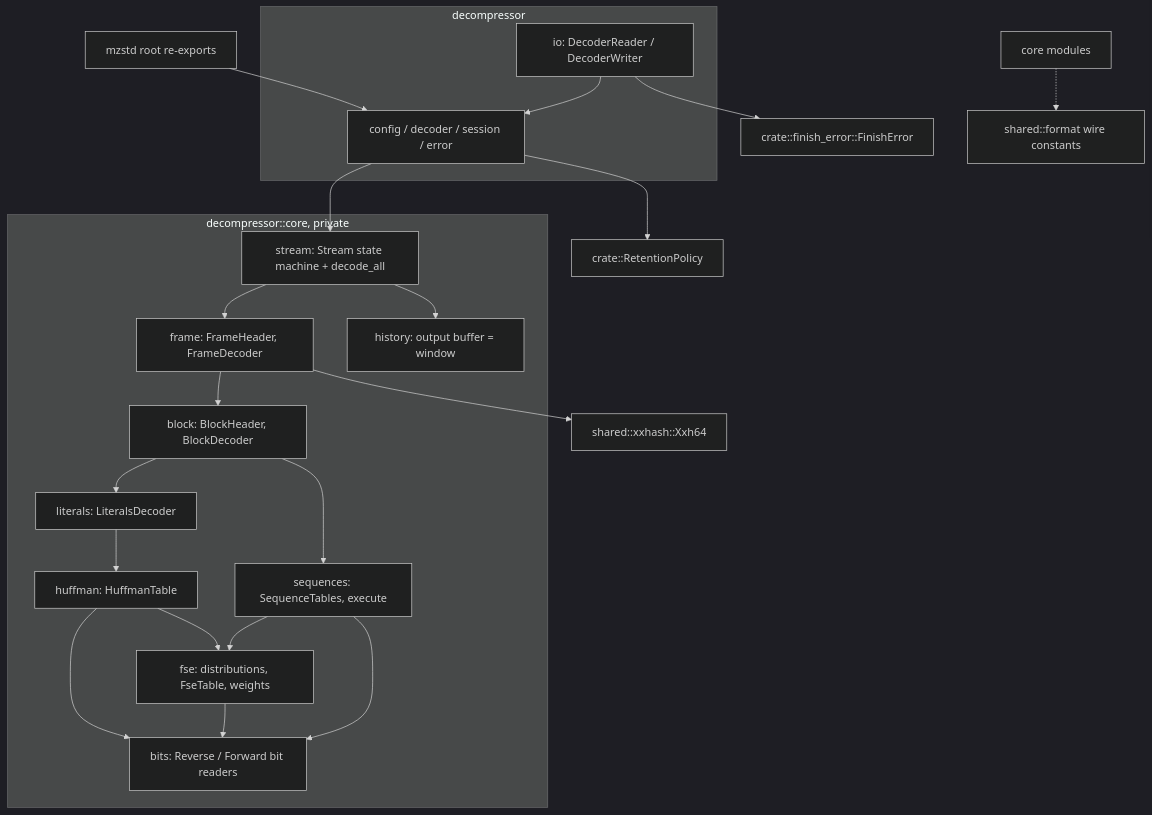
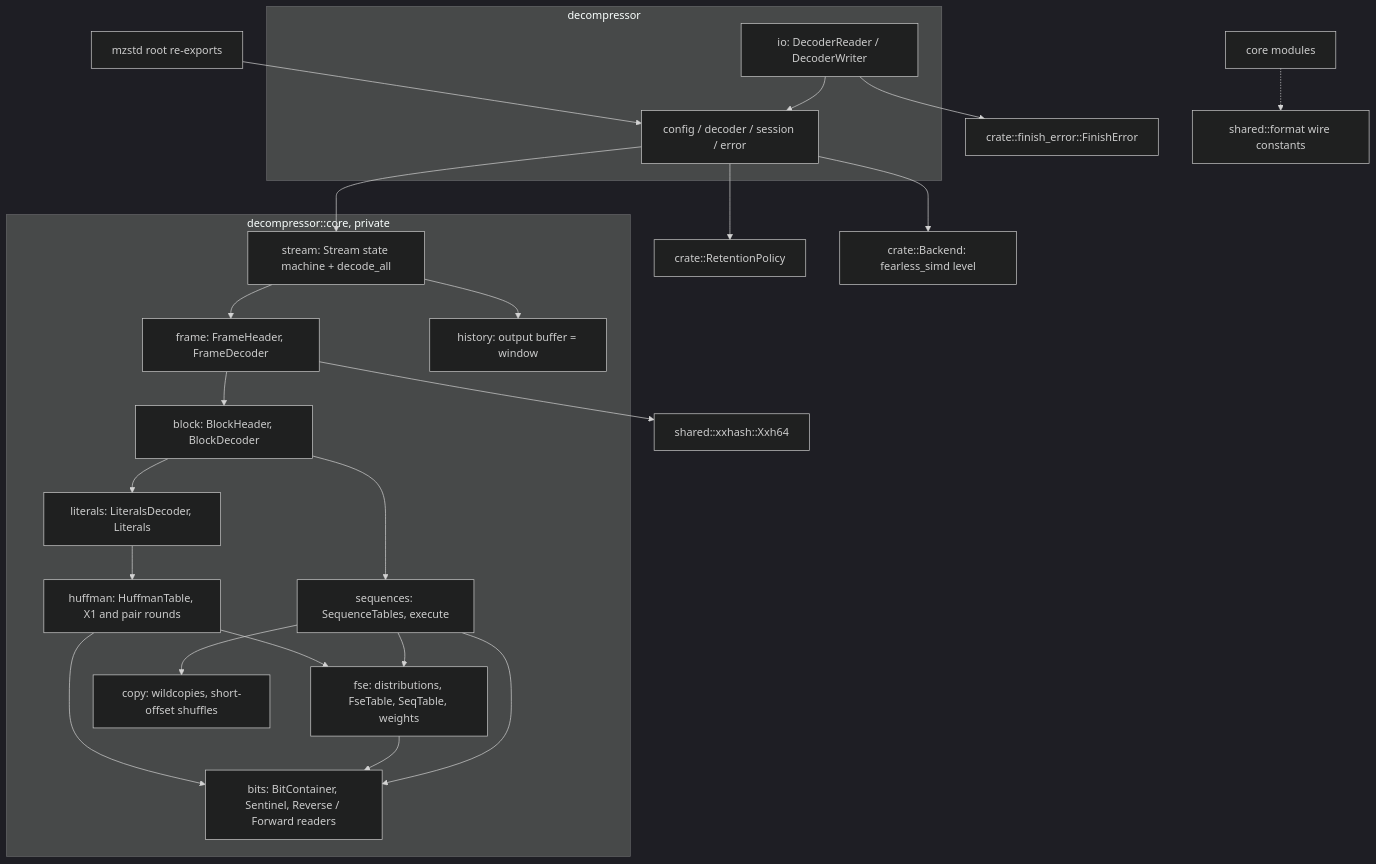
One commit to M-Compressors/mzstd changed the first of 7 diagrams in architecture/decompressor.md. Above: the diagram before and after it, drawn with Mermaid (dark theme). The commit also changed other lines of this file and 52 other files, not shown here.

````diff
--- a/architecture/decompressor.md
+++ b/architecture/decompressor.md
@@ -20,27 +21,29 @@
 ```mermaid
 graph TD
     Lib[mzstd root re-exports] --> API
     subgraph public[decompressor]
         API[config / decoder / session / error]
         IO[io: DecoderReader / DecoderWriter]
     end
     IO --> API
     IO --> Finish[crate::finish_error::FinishError]
     API --> Retention[crate::RetentionPolicy]
     API --> Stream
     subgraph core[decompressor::core, private]
         Stream[stream: Stream state machine + decode_all] --> Frame[frame: FrameHeader, FrameDecoder]
         Stream --> History[history: output buffer = window]
         Frame --> Block[block: BlockHeader, BlockDecoder]
-        Block --> Literals[literals: LiteralsDecoder]
+        Block --> Literals[literals: LiteralsDecoder, Literals]
         Block --> Sequences[sequences: SequenceTables, execute]
-        Literals --> Huffman[huffman: HuffmanTable]
-        Huffman --> Fse[fse: distributions, FseTable, weights]
+        Literals --> Huffman[huffman: HuffmanTable, X1 and pair rounds]
+        Huffman --> Fse[fse: distributions, FseTable, SeqTable, weights]
         Sequences --> Fse
-        Huffman --> Bits[bits: Reverse / Forward bit readers]
+        Sequences --> Copy[copy: wildcopies, short-offset shuffles]
+        Huffman --> Bits[bits: BitContainer, Sentinel, Reverse / Forward readers]
         Fse --> Bits
         Sequences --> Bits
     end
+    API --> Backend[crate::Backend: fearless_simd level]
     Frame --> Xxh[shared::xxhash::Xxh64]
     Core2[core modules] -.-> Format[shared::format wire constants]
 ```
````
